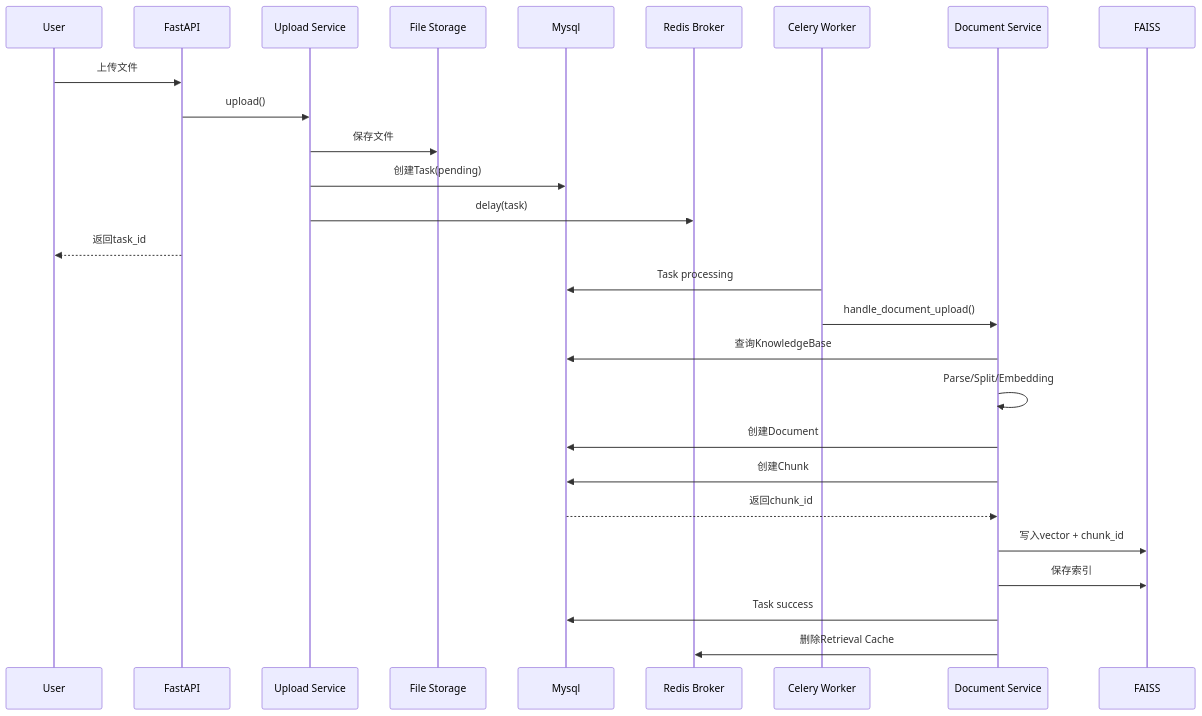
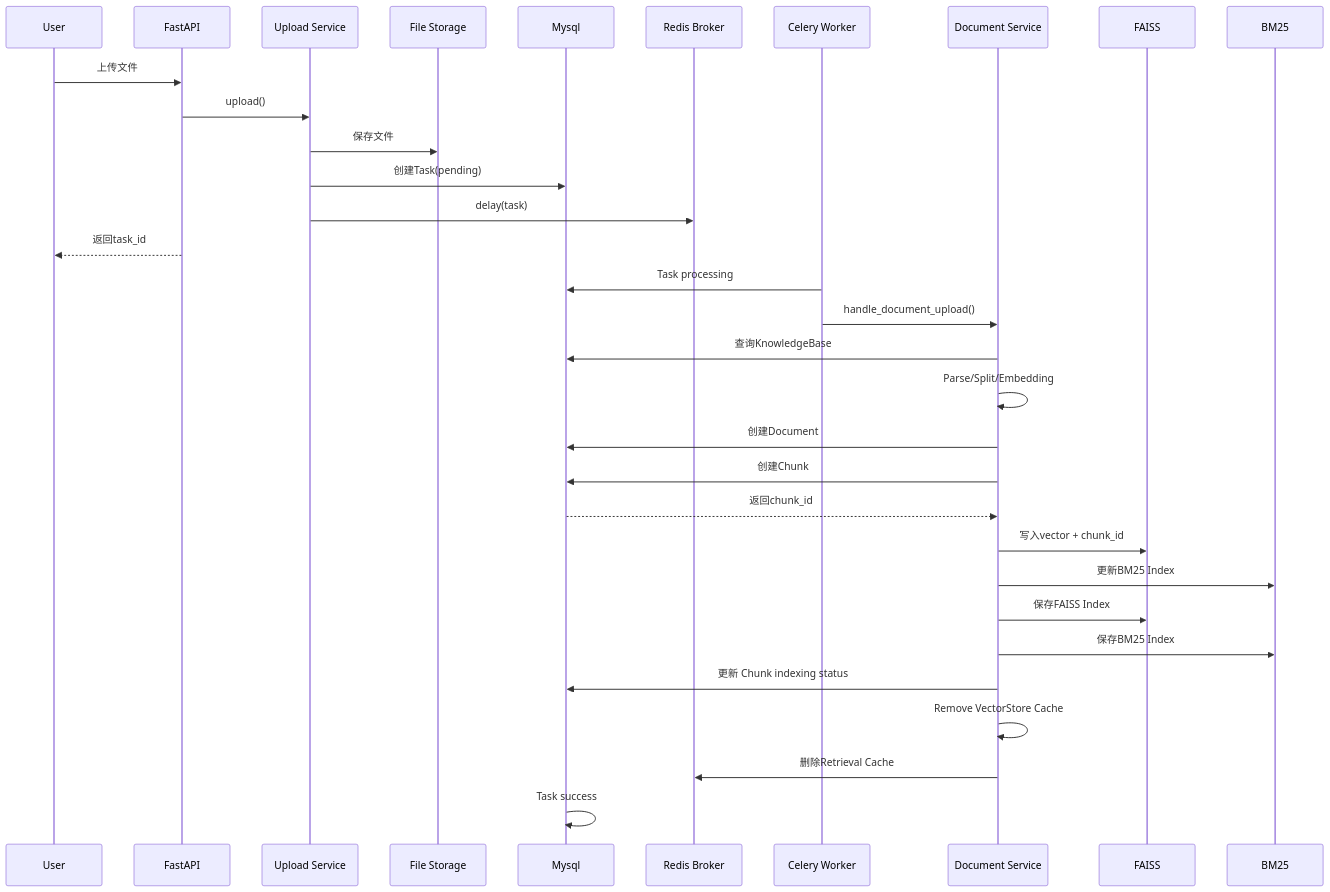
Before and after one commit to yzheAI/Multi-Knowledge-Base-RAG-System: the second of 4 diagrams in docs/architecture/upload_pipeline.md, drawn with Mermaid. The commit also changed other lines of this file and 8 other files, not shown here.

Commit message:
docs: improve RAG architecture and task documentation

````diff
--- a/docs/architecture/upload_pipeline.md
+++ b/docs/architecture/upload_pipeline.md
@@ -152,48 +158,56 @@
 ```mermaid
 sequenceDiagram
     participant U as User
     participant API as FastAPI
     participant S as Upload Service
     participant FS as File Storage
     participant DB as Mysql
     participant R as Redis Broker
     participant W as Celery Worker
     participant DS as Document Service
     participant F as FAISS
+    participant B as BM25
     
     U->>API: 上传文件
 
 API->>S: upload()
 
 S->>FS: 保存文件
 
 S->>DB: 创建Task(pending)
 
 S->>R: delay(task)
 
 API-->>U: 返回task_id
 
 
 W->>DB: Task processing
 
 W->>DS: handle_document_upload()
 
 DS->>DB: 查询KnowledgeBase
 
 DS->>DS: Parse/Split/Embedding
 
 DS->>DB: 创建Document
 
 DS->>DB: 创建Chunk
 
 DB-->>DS: 返回chunk_id
 
 DS->>F: 写入vector + chunk_id
 
-DS->>F: 保存索引
+DS->>B: 更新BM25 Index
 
-DS->>DB: Task success
+DS->>F: 保存FAISS Index
+DS->>B: 保存BM25 Index
+
+DS->>DB: 更新 Chunk indexing status
+
+DS->>DS: Remove VectorStore Cache
 
 DS->>R: 删除Retrieval Cache
+
+DB->>DB: Task success
     
 ```
````
